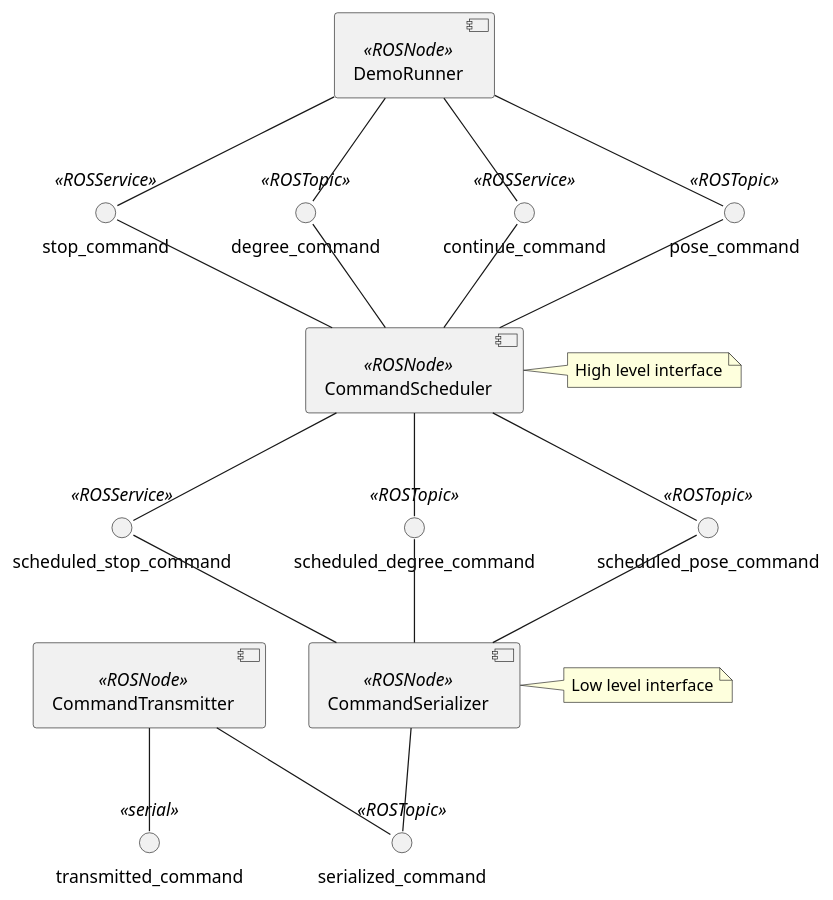
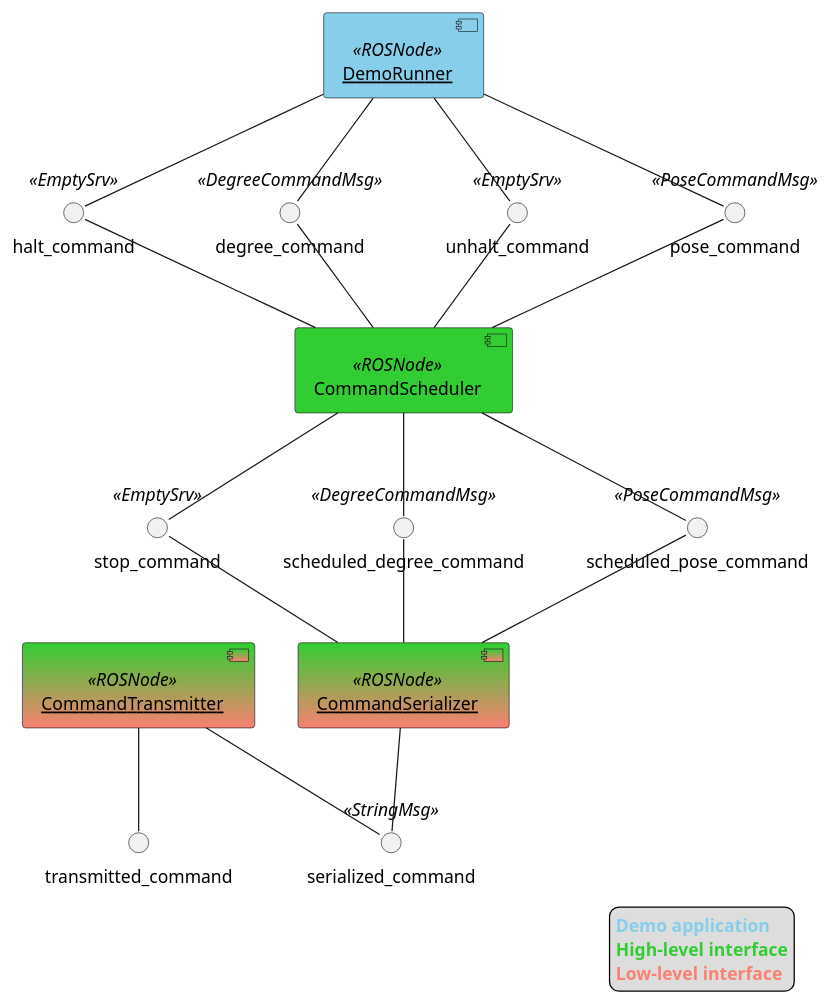
Before and after one commit to bscp/al5d_cpp: the diagram in doc/component_diagram.puml, drawn with PlantUML. The commit also changed 6 other files, not shown here.

Commit message:
Update UML diagrams

```diff
--- a/doc/component_diagram.puml
+++ b/doc/component_diagram.puml
@@ -1,39 +1,42 @@
 @startuml
 
-interface stop_command <<ROSService>> as stop_command_2
-interface degree_command <<ROSTopic>> as degree_command_2
-interface continue_command <<ROSService>> as continue_command
-interface pose_command <<ROSTopic>> as pose_command_2
-interface scheduled_stop_command <<ROSService>>
-interface scheduled_degree_command <<ROSTopic>>
-interface scheduled_pose_command <<ROSTopic>>
-interface transmitted_command <<serial>>
-interface serialized_command <<ROSTopic>>
+interface halt_command <<EmptySrv>>
+interface degree_command <<DegreeCommandMsg>>
+interface unhalt_command <<EmptySrv>>
+interface pose_command <<PoseCommandMsg>>
+interface stop_command <<EmptySrv>>
+interface scheduled_degree_command <<DegreeCommandMsg>>
+interface scheduled_pose_command <<PoseCommandMsg>>
+interface transmitted_command
+interface serialized_command <<StringMsg>>
 
-component DemoRunner <<ROSNode>>
-component CommandSerializer <<ROSNode>>
-component CommandTransmitter <<ROSNode>>
-component CommandScheduler <<ROSNode>>
+component CommandScheduler <<ROSNode>> #LimeGreen
+component "<u>DemoRunner</u>" <<ROSNode>> as DemoRunner #SkyBlue
+component "<u>CommandSerializer</u>" <<ROSNode>> as CommandSerializer #LimeGreen-Salmon
+component "<u>CommandTransmitter</u>" <<ROSNode>> as CommandTransmitter #LimeGreen-Salmon
 
-note right of CommandScheduler : High level interface
-note right of CommandSerializer : Low level interface
-
-DemoRunner -- stop_command_2
-DemoRunner -- degree_command_2
-DemoRunner -- continue_command
-DemoRunner -- pose_command_2
-stop_command_2 -- CommandScheduler
-continue_command -- CommandScheduler
-pose_command_2 -- CommandScheduler
-degree_command_2 -- CommandScheduler
-CommandScheduler -- scheduled_stop_command
+DemoRunner -- halt_command
+DemoRunner -- degree_command
+DemoRunner -- unhalt_command
+DemoRunner -- pose_command
+halt_command -- CommandScheduler
+unhalt_command -- CommandScheduler
+pose_command -- CommandScheduler
+degree_command -- CommandScheduler
+CommandScheduler -- stop_command
 CommandScheduler -- scheduled_degree_command
 CommandScheduler -- scheduled_pose_command
 CommandTransmitter -- transmitted_command
-scheduled_stop_command -- CommandSerializer
+stop_command -- CommandSerializer
 CommandSerializer -- serialized_command
 serialized_command -up- CommandTransmitter
 scheduled_degree_command -- CommandSerializer
 scheduled_pose_command -- CommandSerializer
 
+legend right
+  <b><color:SkyBlue>Demo application</color></b>
+  <b><color:LimeGreen>High-level interface</color></b>
+  <b><color:Salmon>Low-level interface</color></b>
+endlegend
+
 @enduml
```
